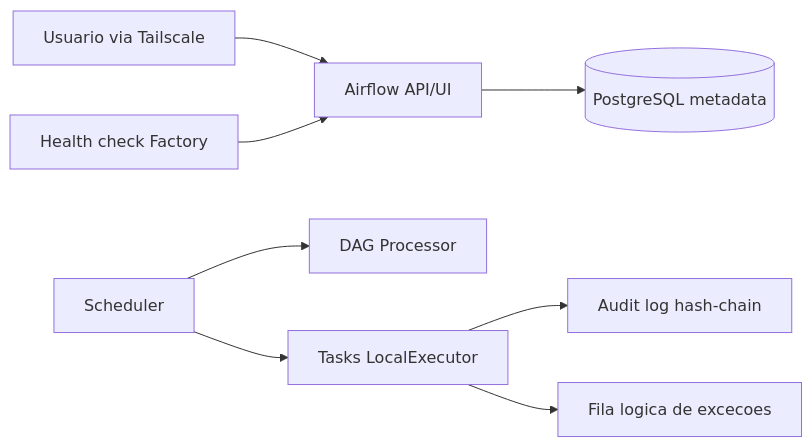
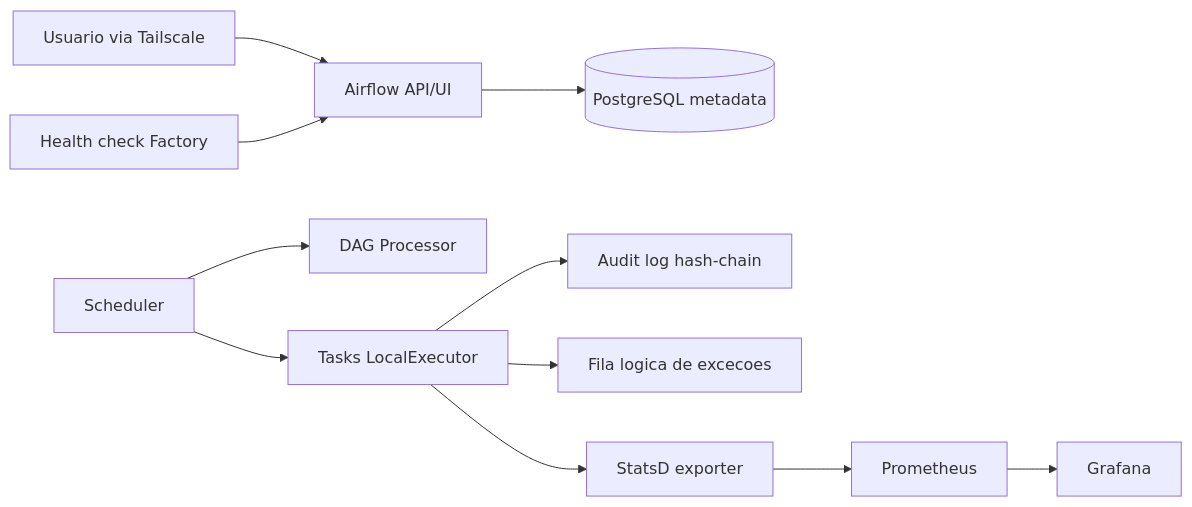
One commit to thiagopatzdorf/poc-airflow changed the diagram in docs/ARCHITECTURE.md. Above: the diagram before and after it, drawn with Mermaid. The commit also changed other lines of this file and 29 other files, not shown here.

````diff
--- a/docs/ARCHITECTURE.md
+++ b/docs/ARCHITECTURE.md
@@ -3,10 +3,13 @@
 ```mermaid
 flowchart LR
     U[Usuario via Tailscale] --> API[Airflow API/UI]
     API --> DB[(PostgreSQL metadata)]
     S[Scheduler] --> D[DAG Processor]
     S --> T[Tasks LocalExecutor]
     T --> A[Audit log hash-chain]
     T --> Q[Fila logica de excecoes]
     H[Health check Factory] --> API
+    T --> SD[StatsD exporter]
+    SD --> P[Prometheus]
+    P --> G[Grafana]
 ```
````
